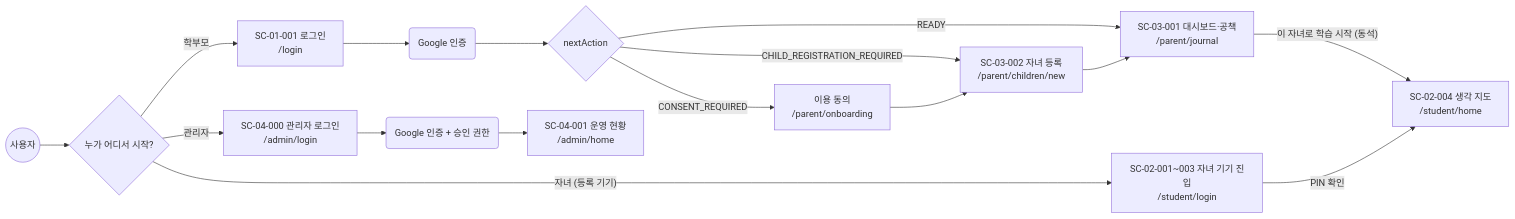
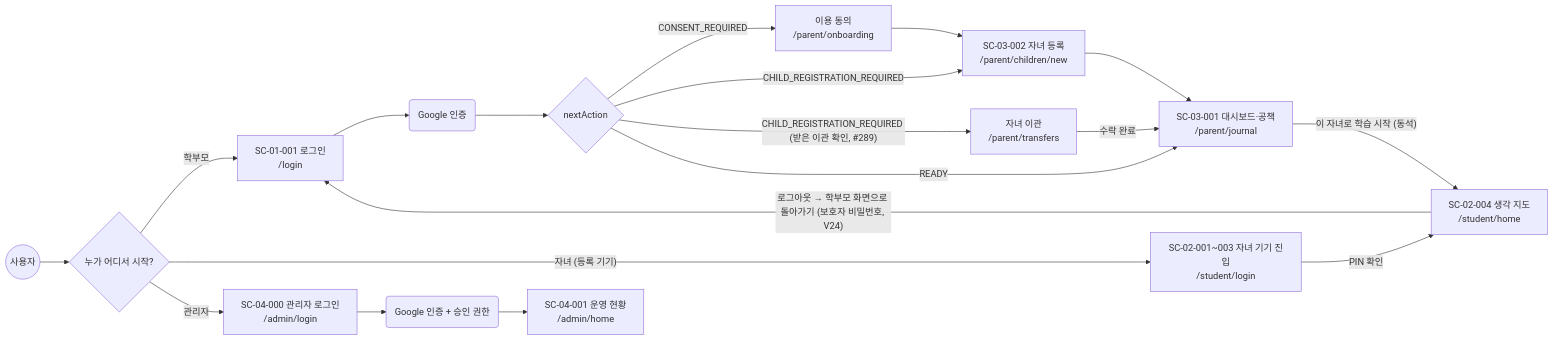
One commit to SKNETWORKS-FAMILY-AICAMP/SKN34-FINAL-3TEAM changed the first of 12 diagrams in docs/design/user-flow.md. Above: the diagram before and after it, drawn with Mermaid. The commit also changed other lines of this file and 6 other files, not shown here.

````diff
--- a/docs/design/user-flow.md
+++ b/docs/design/user-flow.md
@@ -25,18 +25,21 @@
 ```mermaid
 flowchart LR
   U(("사용자")) --> Q{"누가 어디서 시작?"}
   Q -->|"학부모"| L["SC-01-001 로그인<br/>/login"]
   Q -->|"자녀 (등록 기기)"| SL["SC-02-001~003 자녀 기기 진입<br/>/student/login"]
   Q -->|"관리자"| AL["SC-04-000 관리자 로그인<br/>/admin/login"]
 
   L --> G("Google 인증") --> NA{"nextAction"}
   NA -->|"CONSENT_REQUIRED"| ON["이용 동의<br/>/parent/onboarding"]
   NA -->|"CHILD_REGISTRATION_REQUIRED"| CN["SC-03-002 자녀 등록<br/>/parent/children/new"]
+  NA -->|"CHILD_REGISTRATION_REQUIRED (받은 이관 확인, #289)"| TRI["자녀 이관<br/>/parent/transfers"]
+  TRI -->|"수락 완료"| PJ
   NA -->|"READY"| PJ["SC-03-001 대시보드·공책<br/>/parent/journal"]
   ON --> CN --> PJ
 
   PJ -->|"이 자녀로 학습 시작 (동석)"| SH["SC-02-004 생각 지도<br/>/student/home"]
   SL -->|"PIN 확인"| SH
+  SH -->|"로그아웃 → 학부모 화면으로 돌아가기 (보호자 비밀번호, V24)"| L
 
   AL --> AG("Google 인증 + 승인 권한") --> AH["SC-04-001 운영 현황<br/>/admin/home"]
 ```
````
